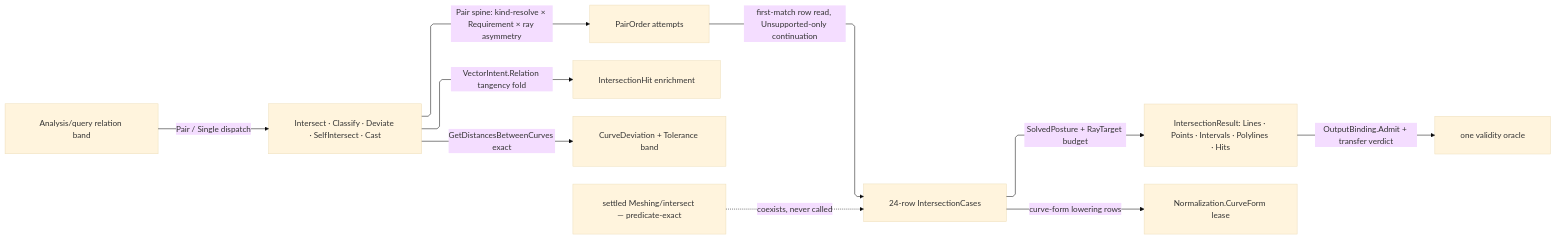
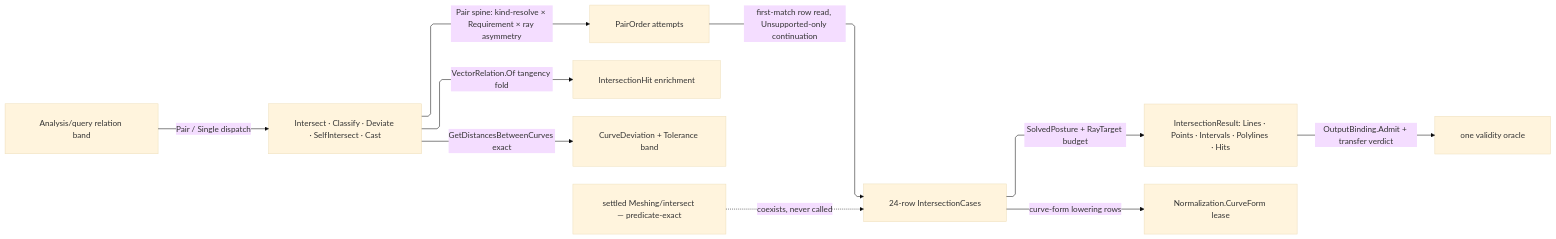
The diagram in libs/dotnet/Rasm/.planning/Analysis/relations.md (bsamiee/Rasm), drawn with Mermaid (base theme) before and after one commit. The commit also changed other lines of this file and 68 other files, not shown here.

````diff
--- a/libs/dotnet/Rasm/.planning/Analysis/relations.md
+++ b/libs/dotnet/Rasm/.planning/Analysis/relations.md
@@ -625,21 +624,21 @@
 ```mermaid
 ---
 config:
   layout: elk
   flowchart:
     curve: linear
     padding: 25
 ---
 flowchart LR
     accTitle: Geometric relation dispatch band
     accDescr: The query relation band dispatching pair and single builders through a twenty-four-row intersection case table whose PairOrder-driven first-match read yields the shape union under one validity oracle, with curve-form lowering, tangency enrichment, and exact deviation beside the predicate-exact meshing path that coexists uncalled.
     Query[Analysis/query relation band] -->|Pair / Single dispatch| Builders[Intersect · Classify · Deviate · SelfIntersect · Cast]
     Builders -->|Pair spine: kind-resolve × Requirement × ray asymmetry| Order[PairOrder attempts]
     Order -->|first-match row read, Unsupported-only continuation| Table[24-row IntersectionCases]
     Table -->|SolvedPosture + RayTarget budget| Shapes[IntersectionResult: Lines · Points · Intervals · Polylines · Hits]
     Table -->|curve-form lowering rows| Norm[Normalization.CurveForm lease]
     Shapes -->|OutputBinding.Admit + transfer verdict| Oracle[one validity oracle]
-    Builders -->|VectorIntent.Relation tangency fold| Hits[IntersectionHit enrichment]
+    Builders -->|VectorRelation.Of tangency fold| Hits[IntersectionHit enrichment]
     Builders -->|GetDistancesBetweenCurves exact| Deviation[CurveDeviation + Tolerance band]
     Robust[settled Meshing/intersect — predicate-exact] -.->|coexists, never called| Table
 ```
````
